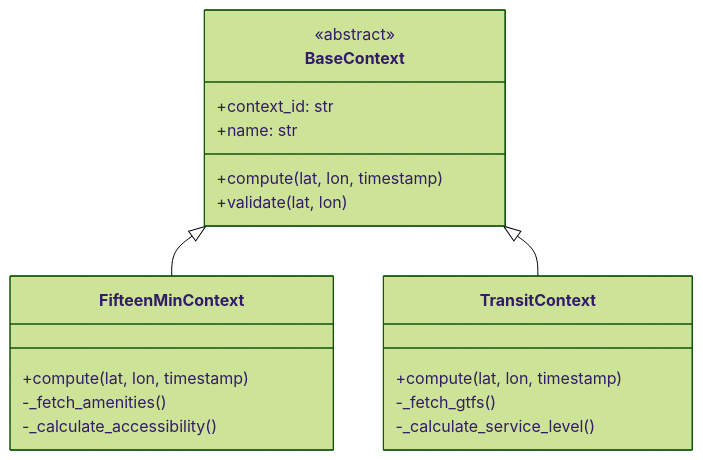
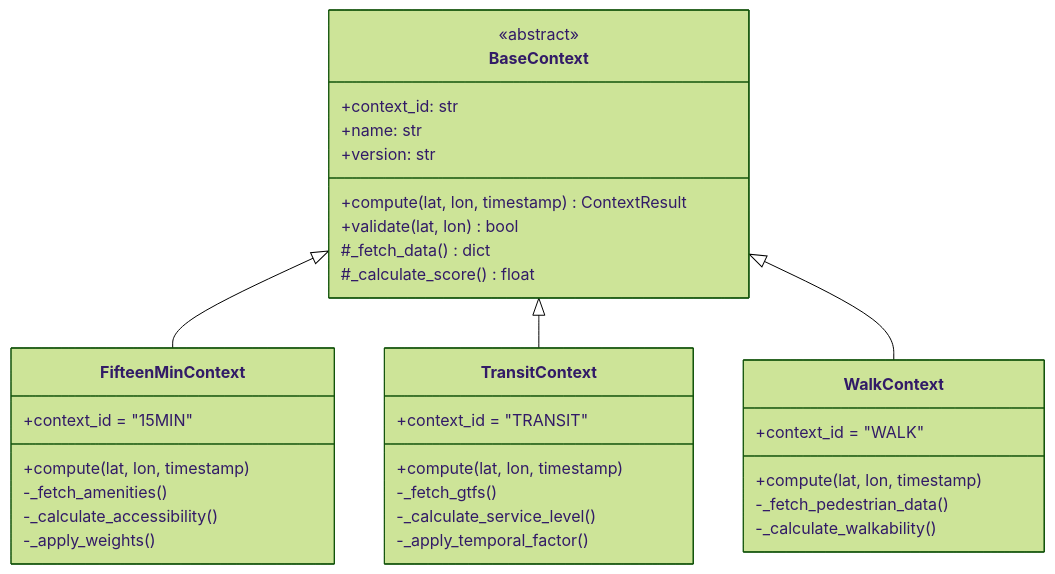
The sixth of 9 diagrams in ARCHITECTURE.md (ucid-foundation/ucid), drawn with Mermaid (forest theme) before and after one commit. The commit also changed other lines of this file and 174 other files, not shown here.

````diff
--- a/ARCHITECTURE.md
+++ b/ARCHITECTURE.md
@@ -222,25 +420,40 @@
 ```mermaid
 classDiagram
     class BaseContext {
         <<abstract>>
         +context_id: str
         +name: str
-        +compute(lat, lon, timestamp)
-        +validate(lat, lon)
+        +version: str
+        +compute(lat, lon, timestamp) ContextResult
+        +validate(lat, lon) bool
+        #_fetch_data() dict
+        #_calculate_score() float
     }
-    
+
     class FifteenMinContext {
+        +context_id = "15MIN"
         +compute(lat, lon, timestamp)
         -_fetch_amenities()
         -_calculate_accessibility()
+        -_apply_weights()
     }
-    
+
     class TransitContext {
+        +context_id = "TRANSIT"
         +compute(lat, lon, timestamp)
         -_fetch_gtfs()
         -_calculate_service_level()
+        -_apply_temporal_factor()
     }
-    
+
+    class WalkContext {
+        +context_id = "WALK"
+        +compute(lat, lon, timestamp)
+        -_fetch_pedestrian_data()
+        -_calculate_walkability()
+    }
+
     BaseContext <|-- FifteenMinContext
     BaseContext <|-- TransitContext
+    BaseContext <|-- WalkContext
 ```
````
